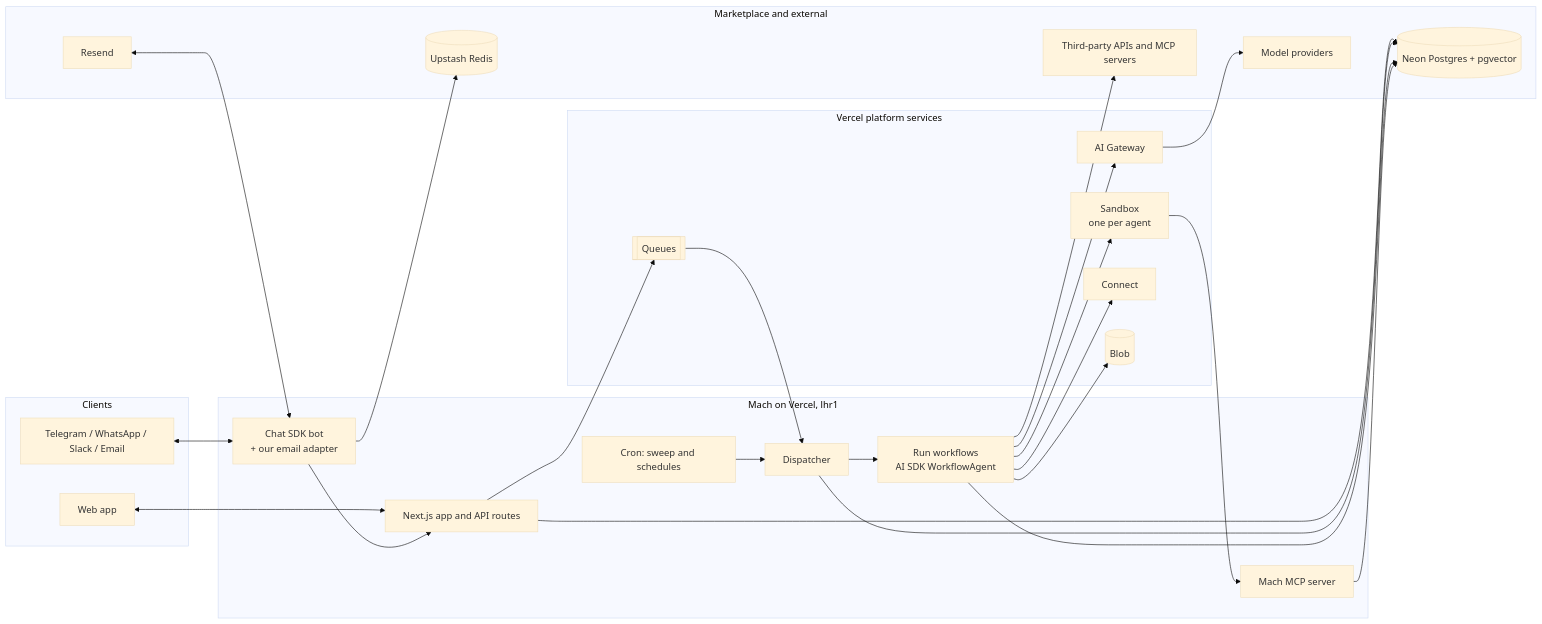
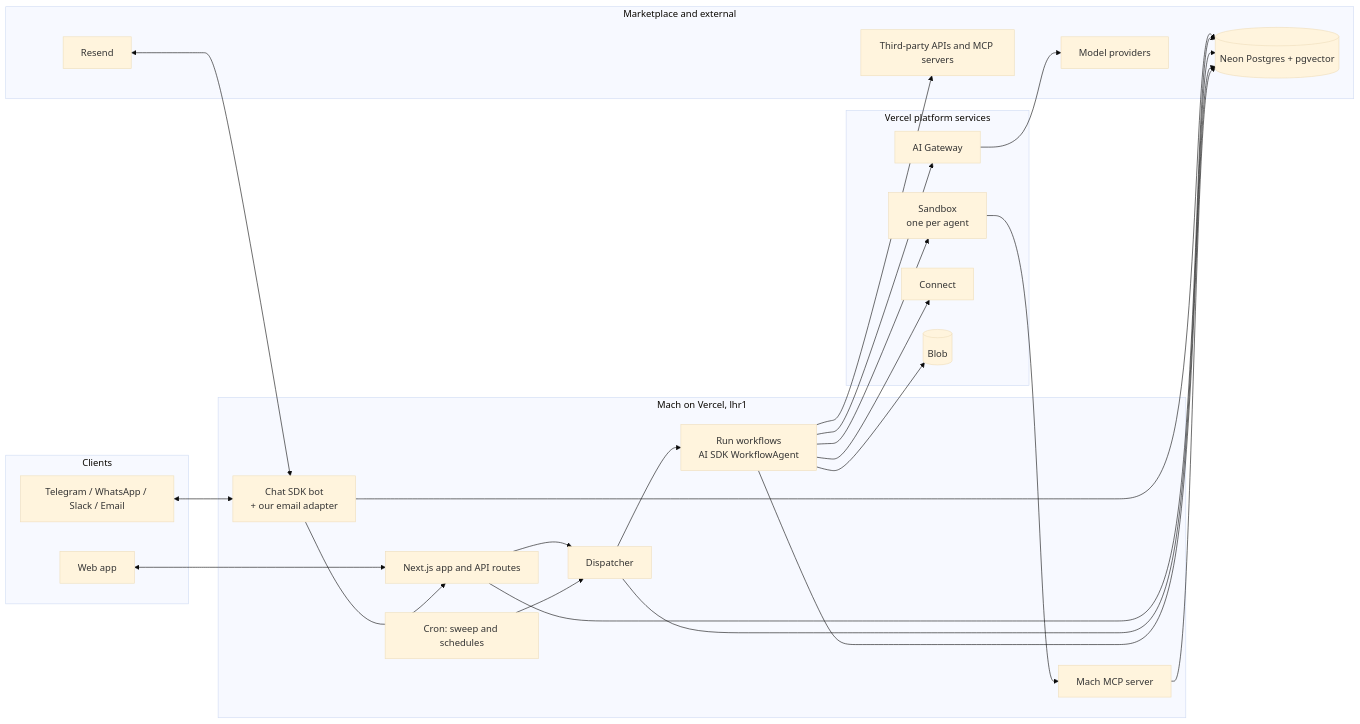
The second of 2 diagrams in docs/spec.md (asturkmani/mach), drawn with Mermaid (base theme) before and after one commit. The commit also changed other lines of this file, not shown here.

````diff
--- a/docs/spec.md
+++ b/docs/spec.md
@@ -668,49 +688,46 @@
 ```mermaid
 flowchart LR
     subgraph Clients
         WEB[Web app]
         CH[Telegram / WhatsApp / Slack / Email]
     end
     subgraph App["Mach on Vercel, lhr1"]
         NEXT[Next.js app and API routes]
         CHAT[Chat SDK bot<br/>+ our email adapter]
         DSP[Dispatcher]
         CRON[Cron: sweep and schedules]
         WF[Run workflows<br/>AI SDK WorkflowAgent]
         MCPS[Mach MCP server]
     end
     subgraph Vercel["Vercel platform services"]
-        Q[[Queues]]
         GW[AI Gateway]
         SBX[Sandbox<br/>one per agent]
         CONN[Connect]
         BLOB[(Blob)]
     end
     subgraph Ext["Marketplace and external"]
         DB[(Neon Postgres + pgvector)]
-        REDIS[(Upstash Redis)]
         RESEND[Resend]
         LLM[Model providers]
         API3[Third-party APIs and MCP servers]
     end
     WEB <--> NEXT
     CH <--> CHAT
     RESEND <--> CHAT
     CHAT --> NEXT
-    CHAT --> REDIS
+    CHAT --> DB
     NEXT --> DB
-    NEXT --> Q
-    Q --> DSP
+    NEXT --> DSP
     CRON --> DSP
     DSP --> DB
     DSP --> WF
     WF --> DB
     WF --> GW
     GW --> LLM
     WF --> SBX
     WF --> CONN
     WF --> API3
     WF --> BLOB
     SBX --> MCPS
     MCPS --> DB
 ```
````
